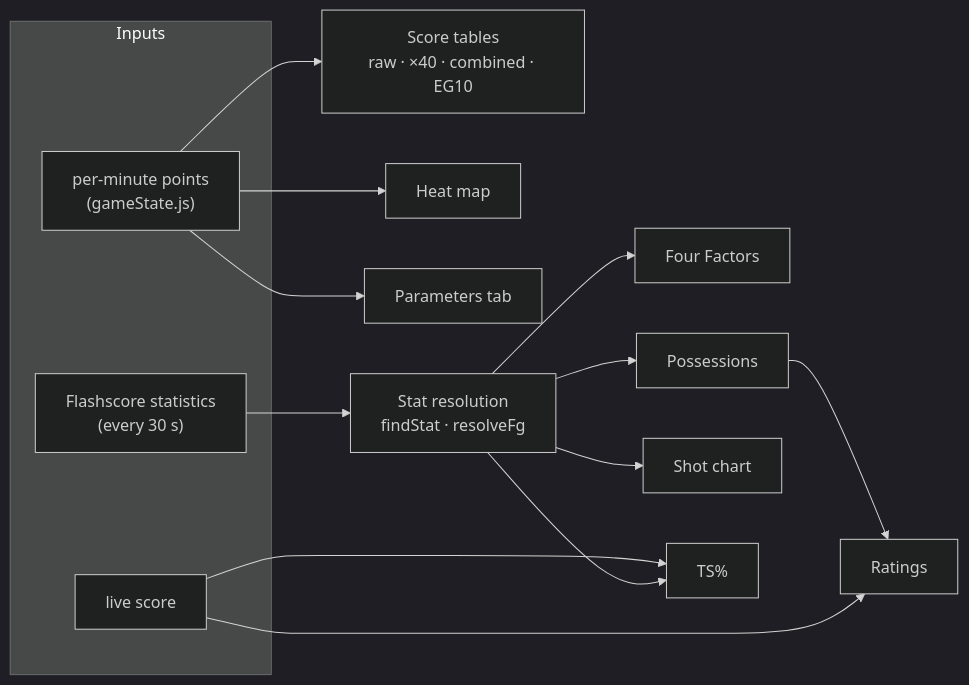
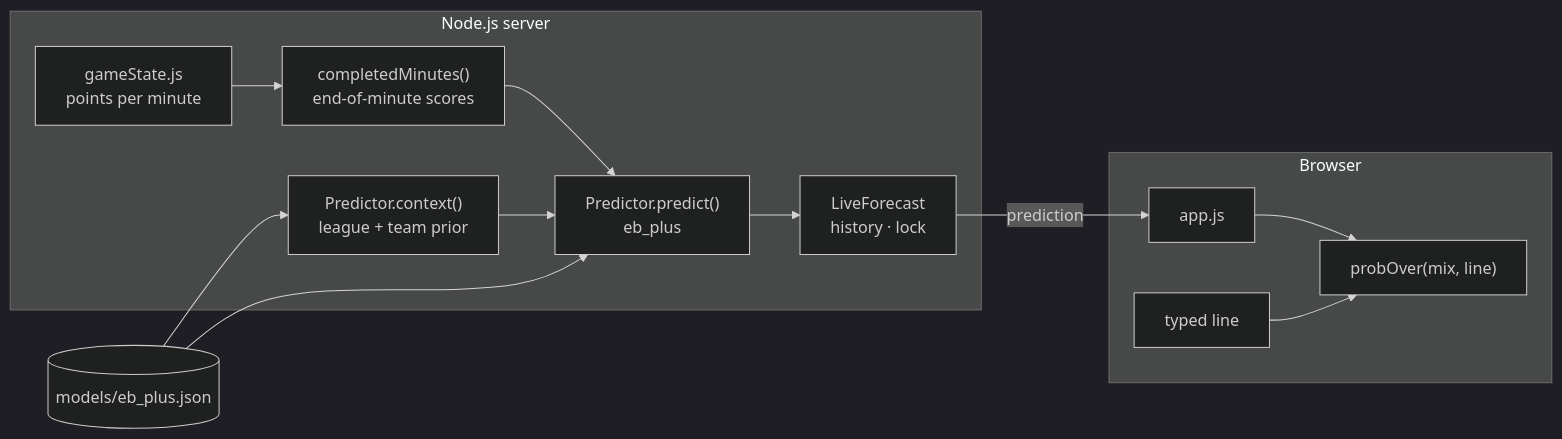
The first of 2 diagrams in docs/formula.md (aral-by/basketscrape), drawn with Mermaid (dark theme) before and after one commit. The commit also changed other lines of this file and 15 other files, not shown here.

First line of the commit message:
feat: new live prediction panel connected to the eb_plus engine

````diff
--- a/docs/formula.md
+++ b/docs/formula.md
@@ -5,19 +5,16 @@
 ```mermaid
 flowchart LR
-    subgraph Inputs
-        MIN["per-minute points<br/>(gameState.js)"]
-        ST["Flashscore statistics<br/>(every 30 s)"]
-        SC["live score"]
+    subgraph Server["Node.js server"]
+        SB["gameState.js<br/>points per minute"] --> CM["completedMinutes()<br/>end-of-minute scores"]
+        CM --> PR["Predictor.predict()<br/>eb_plus"]
+        CTX["Predictor.context()<br/>league + team prior"] --> PR
+        PR --> LF["LiveForecast<br/>history · lock"]
     end
-    MIN --> TBL["Score tables<br/>raw · ×40 · combined · EG10"]
-    MIN --> HM["Heat map"]
-    MIN --> PAR["Parameters tab"]
-    ST --> RES["Stat resolution<br/>findStat · resolveFg"]
-    RES --> FF["Four Factors"]
-    RES --> POS["Possessions"]
-    RES --> SHOT["Shot chart"]
-    POS --> EFF["Ratings"]
-    SC --> EFF
-    SC --> TS["TS%"]
-    RES --> TS
+    MJ[("models/eb_plus.json")] --> CTX
+    MJ --> PR
+    LF -- "prediction" --> UI
+    subgraph Browser
+        UI["app.js"] --> PO["probOver(mix, line)"]
+        LINE["typed line"] --> PO
+    end
 ```
````
